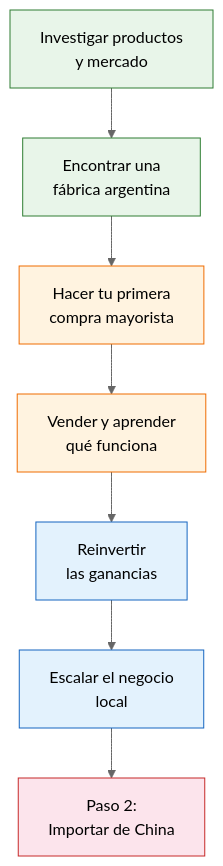
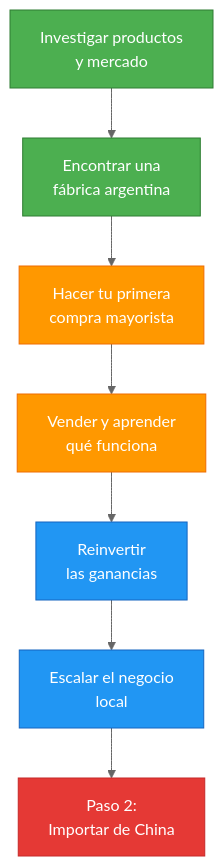
The diagram in app/paso1-argentina/empezar-de-cero/introduccion.mdx (barrosignacioezequiel-coder/docs), drawn with Mermaid (neutral theme) before and after one commit. The commit also changed 92 other files, not shown here.

````diff
--- a/app/paso1-argentina/empezar-de-cero/introduccion.mdx
+++ b/app/paso1-argentina/empezar-de-cero/introduccion.mdx
@@ -28,17 +28,17 @@
 ```mermaid
 graph TD
-    A["Investigar productos\ny mercado"] --> B["Encontrar una\nfábrica argentina"]
-    B --> C["Hacer tu primera\ncompra mayorista"]
-    C --> D["Vender y aprender\nqué funciona"]
-    D --> E["Reinvertir\nlas ganancias"]
-    E --> F["Escalar el negocio\nlocal"]
-    F --> G["Paso 2:\nImportar de China"]
+    A["Investigar productos<br/>y mercado"] --> B["Encontrar una<br/>fábrica argentina"]
+    B --> C["Hacer tu primera<br/>compra mayorista"]
+    C --> D["Vender y aprender<br/>qué funciona"]
+    D --> E["Reinvertir<br/>las ganancias"]
+    E --> F["Escalar el negocio<br/>local"]
+    F --> G["Paso 2:<br/>Importar de China"]
 
-    style A fill:#e8f5e9,stroke:#2e7d32
-    style B fill:#e8f5e9,stroke:#2e7d32
-    style C fill:#fff3e0,stroke:#ef6c00
-    style D fill:#fff3e0,stroke:#ef6c00
-    style E fill:#e3f2fd,stroke:#1565c0
-    style F fill:#e3f2fd,stroke:#1565c0
-    style G fill:#fce4ec,stroke:#c62828
+    style A fill:#4caf50,stroke:#2e7d32,color:#fff
+    style B fill:#4caf50,stroke:#2e7d32,color:#fff
+    style C fill:#ff9800,stroke:#ef6c00,color:#fff
+    style D fill:#ff9800,stroke:#ef6c00,color:#fff
+    style E fill:#2196f3,stroke:#1565c0,color:#fff
+    style F fill:#2196f3,stroke:#1565c0,color:#fff
+    style G fill:#e53935,stroke:#c62828,color:#fff
 ```
````
